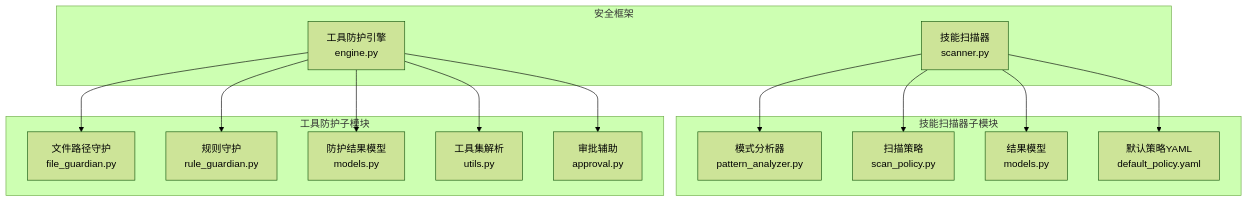
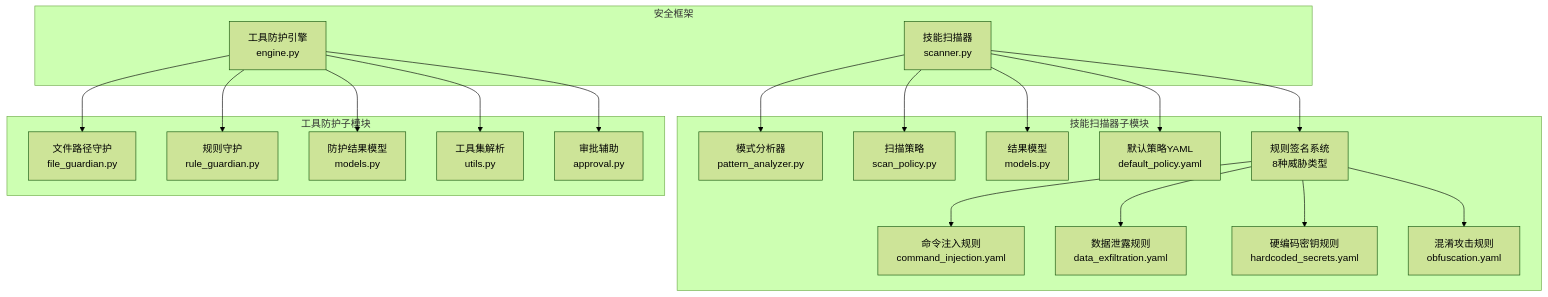
The first of 8 diagrams in .qoder/repowiki/zh/content/后端核心模块/安全防护系统/安全增强.md (livehl/CoPaw), drawn with Mermaid (forest theme) before and after one commit. The commit also changed other lines of this file and 12 other files, not shown here.

````diff
--- a/.qoder/repowiki/zh/content/后端核心模块/安全防护系统/安全增强.md
+++ b/.qoder/repowiki/zh/content/后端核心模块/安全防护系统/安全增强.md
@@ -54,29 +66,39 @@
 ```mermaid
 graph TB
 subgraph "安全框架"
 SS["技能扫描器<br/>scanner.py"]
 SG["工具防护引擎<br/>engine.py"]
 end
 subgraph "技能扫描器子模块"
 PA["模式分析器<br/>pattern_analyzer.py"]
 SP["扫描策略<br/>scan_policy.py"]
 SM["结果模型<br/>models.py"]
 DP["默认策略YAML<br/>default_policy.yaml"]
+RS["规则签名系统<br/>8种威胁类型"]
+CI["命令注入规则<br/>command_injection.yaml"]
+DE["数据泄露规则<br/>data_exfiltration.yaml"]
+HS["硬编码密钥规则<br/>hardcoded_secrets.yaml"]
+OB["混淆攻击规则<br/>obfuscation.yaml"]
 end
 subgraph "工具防护子模块"
 FG["文件路径守护<br/>file_guardian.py"]
 RG["规则守护<br/>rule_guardian.py"]
 TM["防护结果模型<br/>models.py"]
 TU["工具集解析<br/>utils.py"]
 TA["审批辅助<br/>approval.py"]
 end
 SS --> PA
 SS --> SP
 SS --> SM
 SS --> DP
+SS --> RS
+RS --> CI
+RS --> DE
+RS --> HS
+RS --> OB
 SG --> FG
 SG --> RG
 SG --> TM
 SG --> TU
 SG --> TA
 ```
````
